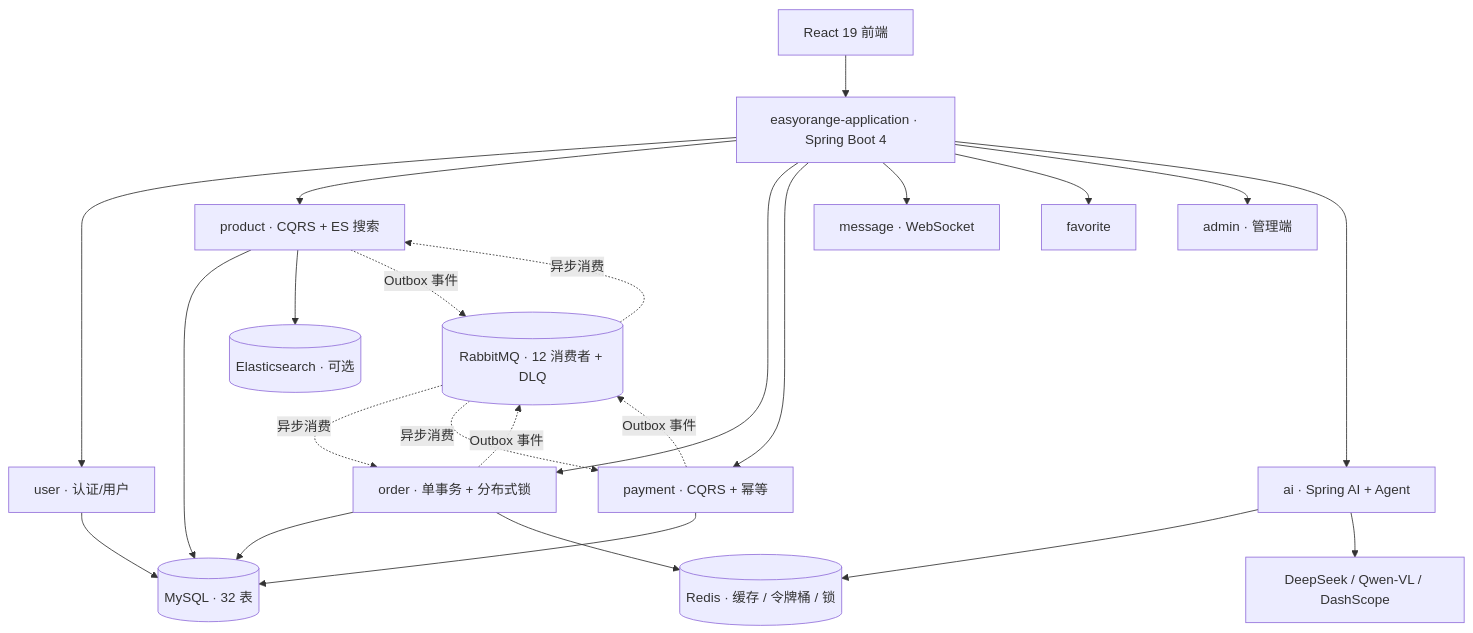
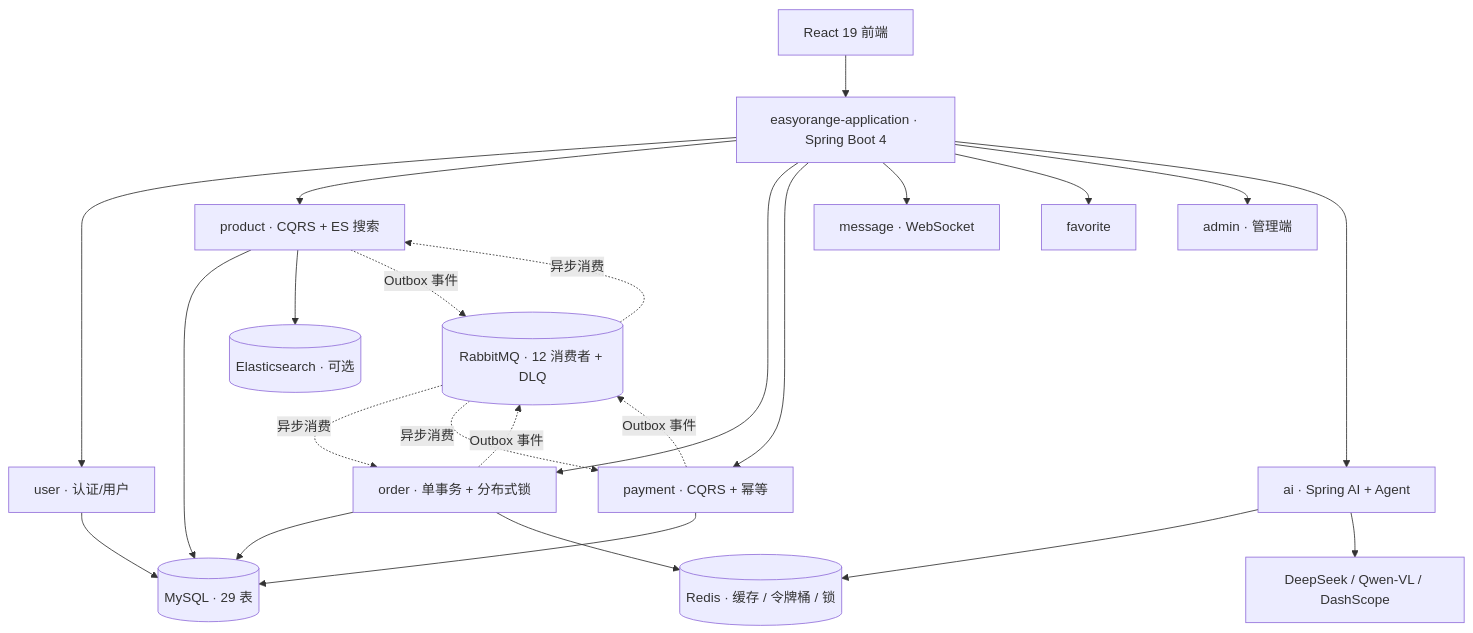
The diagram in README.md (Xytheria-t/EasyOrange), drawn with Mermaid before and after one commit. The commit also changed other lines of this file and 11 other files, not shown here.

````diff
--- a/README.md
+++ b/README.md
@@ -41,46 +41,46 @@
 ```mermaid
 flowchart TB
     FE["React 19 前端"]
     APP["easyorange-application · Spring Boot 4"]
     USER["user · 认证/用户"]
     PROD["product · CQRS + ES 搜索"]
     ORD["order · 单事务 + 分布式锁"]
     PAY["payment · CQRS + 幂等"]
     MSG["message · WebSocket"]
     FAV["favorite"]
     ADMIN["admin · 管理端"]
     AI["ai · Spring AI + Agent"]
     MQ[("RabbitMQ · 12 消费者 + DLQ")]
-    DB[("MySQL · 32 表")]
+    DB[("MySQL · 29 表")]
     REDIS[("Redis · 缓存 / 令牌桶 / 锁")]
     ES[("Elasticsearch · 可选")]
     LLM["DeepSeek / Qwen-VL / DashScope"]
 
     FE --> APP
 
     APP --> USER
     APP --> PROD
     APP --> ORD
     APP --> PAY
     APP --> MSG
     APP --> FAV
     APP --> ADMIN
     APP --> AI
 
     USER --> DB
     PROD --> DB
     ORD --> DB
     PAY --> DB
     PROD --> ES
 
     ORD --> REDIS
     AI --> REDIS
     AI --> LLM
 
     PROD -. "Outbox 事件" .-> MQ
     ORD -. "Outbox 事件" .-> MQ
     PAY -. "Outbox 事件" .-> MQ
     MQ -. "异步消费" .-> PROD
     MQ -. "异步消费" .-> ORD
     MQ -. "异步消费" .-> PAY
 ```
````
